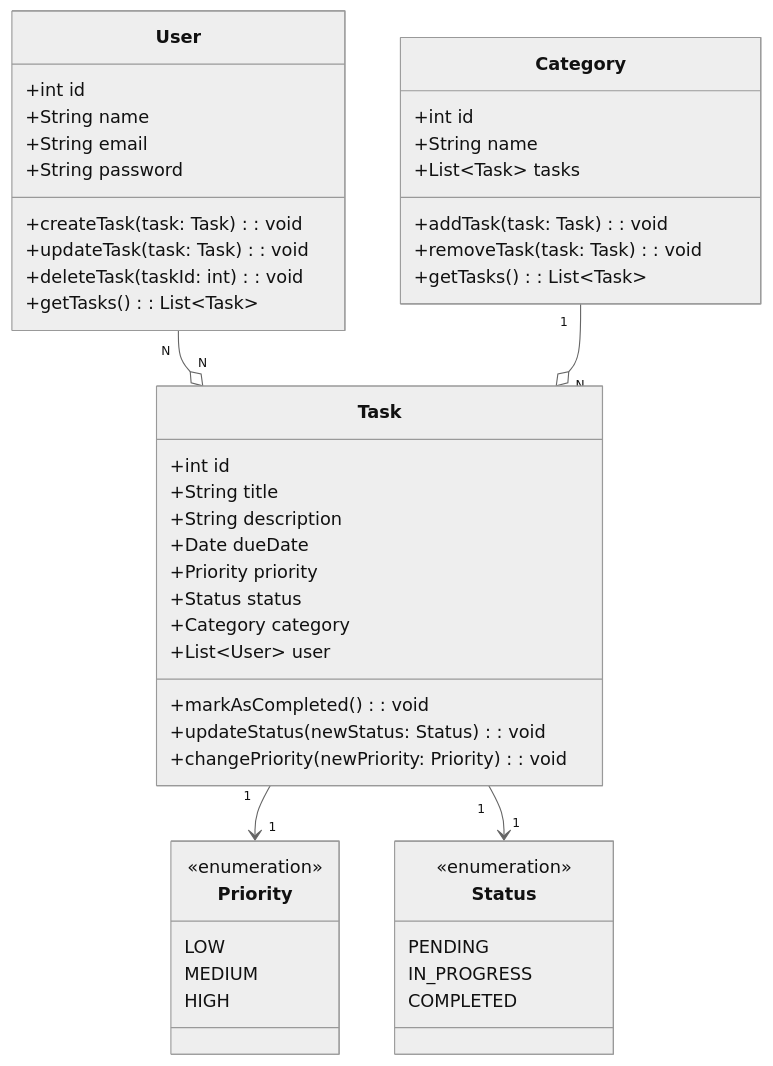
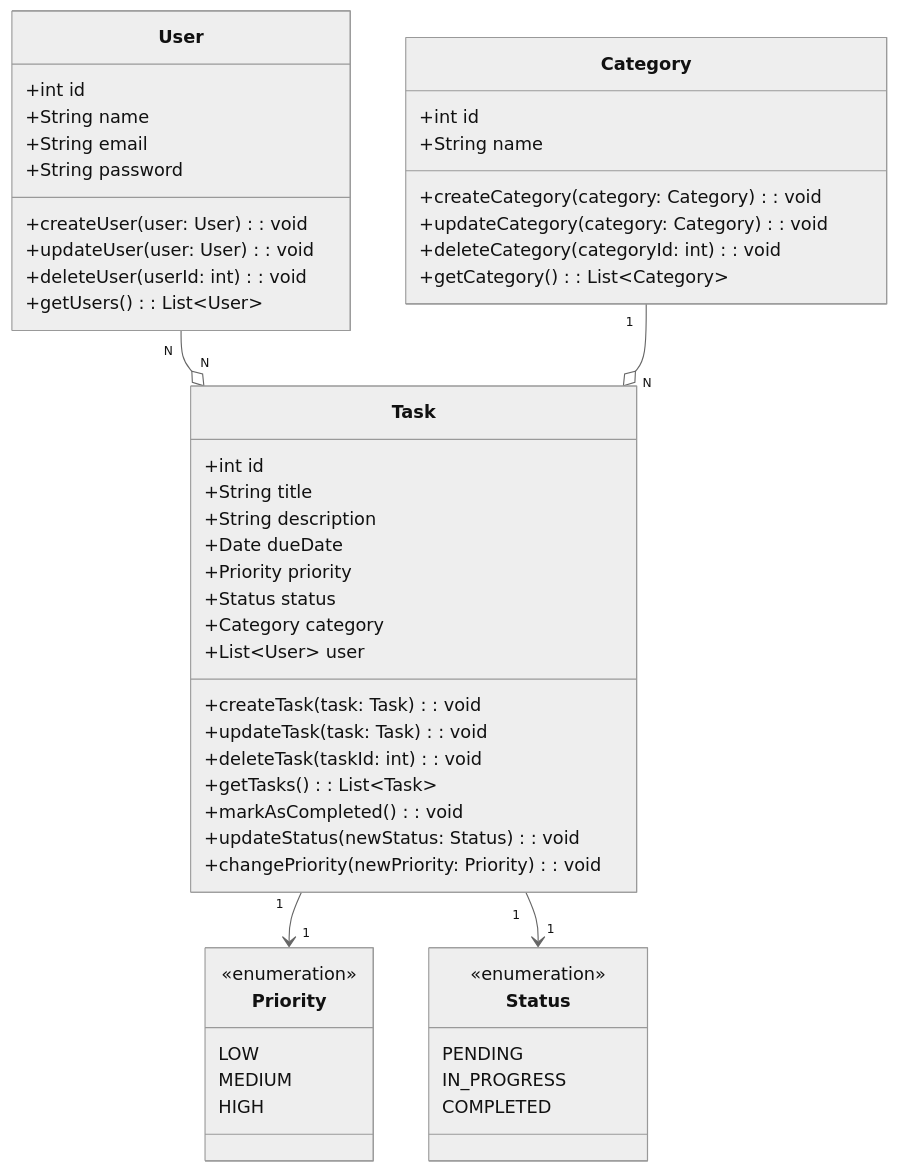
The diagram in README.md (gustavosass/api-task-manager), drawn with Mermaid (neutral theme) before and after one commit.

````diff
--- a/README.md
+++ b/README.md
@@ -3,55 +3,59 @@
 ```mermaid
 classDiagram
     class User {
         +int id
         +String name
         +String email
         +String password
-        +createTask(task: Task): void
-        +updateTask(task: Task): void
-        +deleteTask(taskId: int): void
-        +getTasks(): List~Task~
+         +createUser(user: User): void
+        +updateUser(user: User): void
+        +deleteUser(userId: int): void
+        +getUsers(): List~User~
     }
 
     class Task {
         +int id
         +String title
         +String description
         +Date dueDate
         +Priority priority
         +Status status
         +Category category
         +List~User~ user
+         +createTask(task: Task): void
+        +updateTask(task: Task): void
+        +deleteTask(taskId: int): void
+        +getTasks(): List~Task~
         +markAsCompleted(): void
         +updateStatus(newStatus: Status): void
         +changePriority(newPriority: Priority): void
     }
 
     class Category {
         +int id
         +String name
-        +List~Task~ tasks
-        +addTask(task: Task): void
-        +removeTask(task: Task): void
-        +getTasks(): List~Task~
+        +createCategory(category: Category): void
+        +updateCategory(category: Category): void
+        +deleteCategory(categoryId: int): void
+        +getCategory(): List~Category~
     }
 
     class Priority {
         <<enumeration>>
         LOW
         MEDIUM
         HIGH
     }
 
     class Status {
         <<enumeration>>
         PENDING
         IN_PROGRESS
         COMPLETED
     }
 
     User "N" --o "N" Task
     Category "1" --o "N" Task
     Task "1" --> "1" Priority
     Task "1" --> "1" Status
 ```
````
